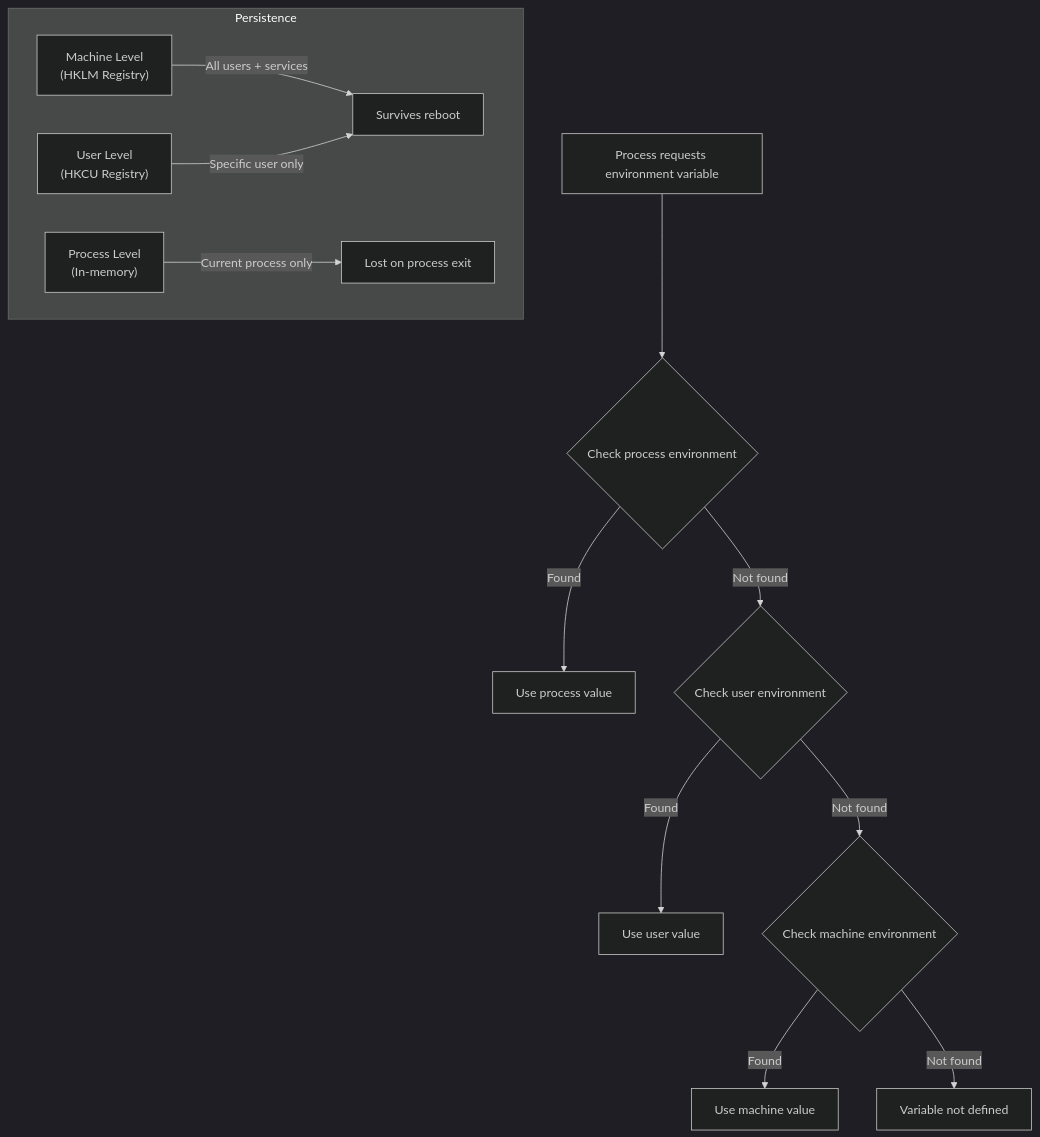
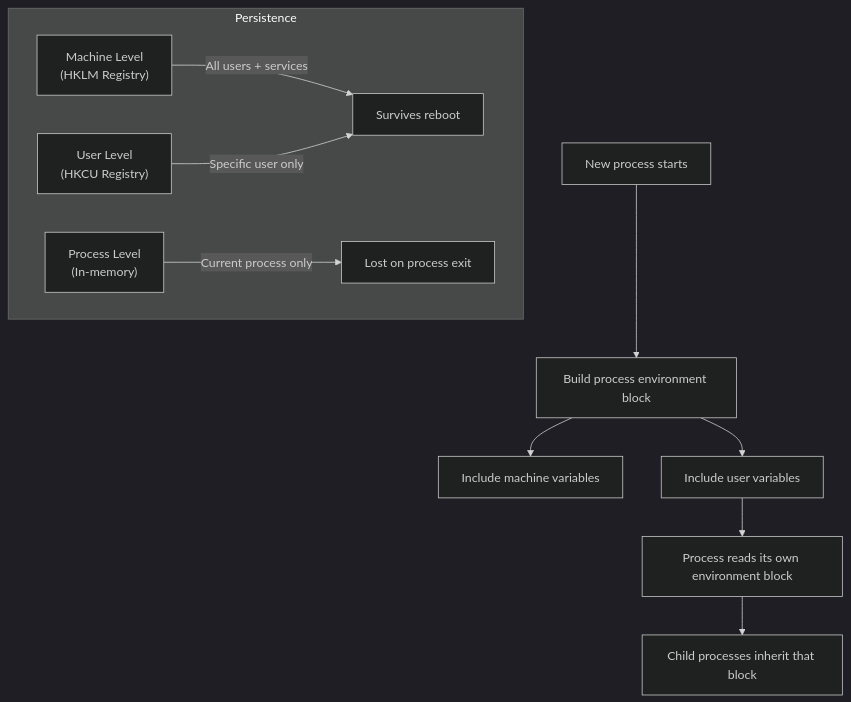
Before and after one commit to OneUptime/blog: the diagram in posts/2026-02-21-how-to-use-ansible-win-environment-module/README.md, drawn with Mermaid (dark theme). The commit also changed other lines of this file and 2 other files, not shown here.

Commit message:
validate: 2026-02-21-how-to-use-ansible-win-environment-module

````diff
--- a/posts/2026-02-21-how-to-use-ansible-win-environment-module/README.md
+++ b/posts/2026-02-21-how-to-use-ansible-win-environment-module/README.md
@@ -306,16 +307,14 @@
 ```mermaid
 flowchart TD
-    A[Process requests environment variable] --> B{Check process environment}
-    B -->|Found| C[Use process value]
-    B -->|Not found| D{Check user environment}
-    D -->|Found| E[Use user value]
-    D -->|Not found| F{Check machine environment}
-    F -->|Found| G[Use machine value]
-    F -->|Not found| H[Variable not defined]
+    A[New process starts] --> B[Build process environment block]
+    B --> C[Include machine variables]
+    B --> D[Include user variables]
+    D --> E[Process reads its own environment block]
+    E --> F[Child processes inherit that block]
 
     subgraph Persistence
         I["Machine Level<br/>(HKLM Registry)"] -->|"All users + services"| J[Survives reboot]
         K["User Level<br/>(HKCU Registry)"] -->|"Specific user only"| J
         L["Process Level<br/>(In-memory)"] -->|"Current process only"| M[Lost on process exit]
     end
 ```
````
